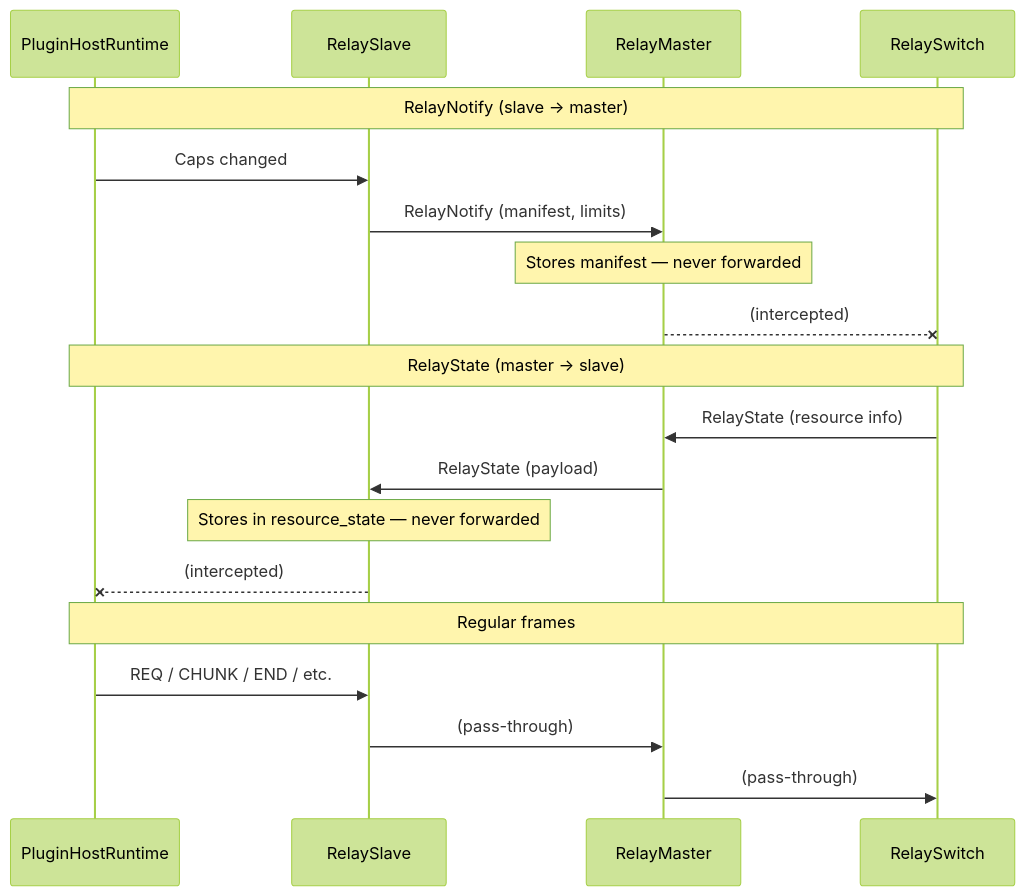
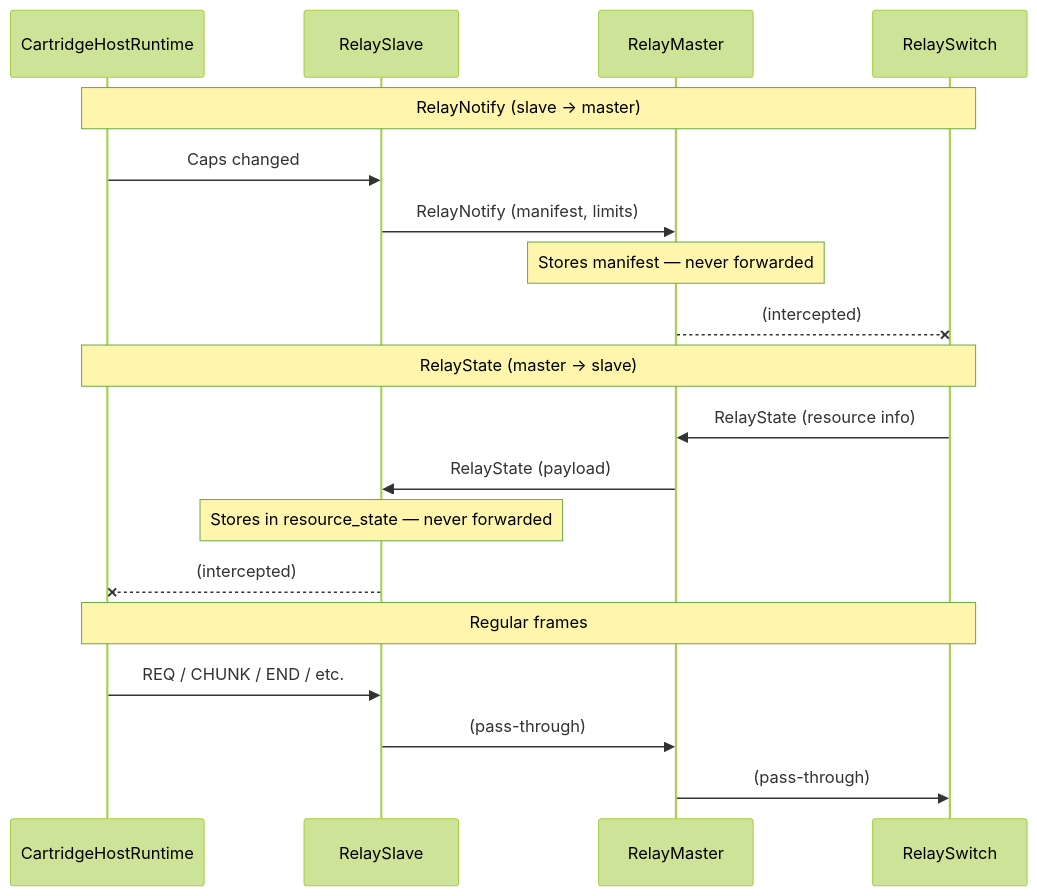
One commit to machinefabric/capns changed the second of 4 diagrams in docs/14.3-RELAY-TOPOLOGY.md. Above: the diagram before and after it, drawn with Mermaid (forest theme). The commit also changed other lines of this file and 53 other files, not shown here.

````diff
--- a/docs/14.3-RELAY-TOPOLOGY.md
+++ b/docs/14.3-RELAY-TOPOLOGY.md
@@ -57,24 +57,24 @@
 ```mermaid
 sequenceDiagram
-    participant PH as PluginHostRuntime
+    participant PH as CartridgeHostRuntime
     participant RS as RelaySlave
     participant RM as RelayMaster
     participant SW as RelaySwitch
 
     Note over PH,SW: RelayNotify (slave → master)
     PH->>RS: Caps changed
     RS->>RM: RelayNotify (manifest, limits)
     Note over RM: Stores manifest — never forwarded
     RM--xSW: (intercepted)
 
     Note over PH,SW: RelayState (master → slave)
     SW->>RM: RelayState (resource info)
     RM->>RS: RelayState (payload)
     Note over RS: Stores in resource_state — never forwarded
     RS--xPH: (intercepted)
 
     Note over PH,SW: Regular frames
     PH->>RS: REQ / CHUNK / END / etc.
     RS->>RM: (pass-through)
     RM->>SW: (pass-through)
 ```
````
